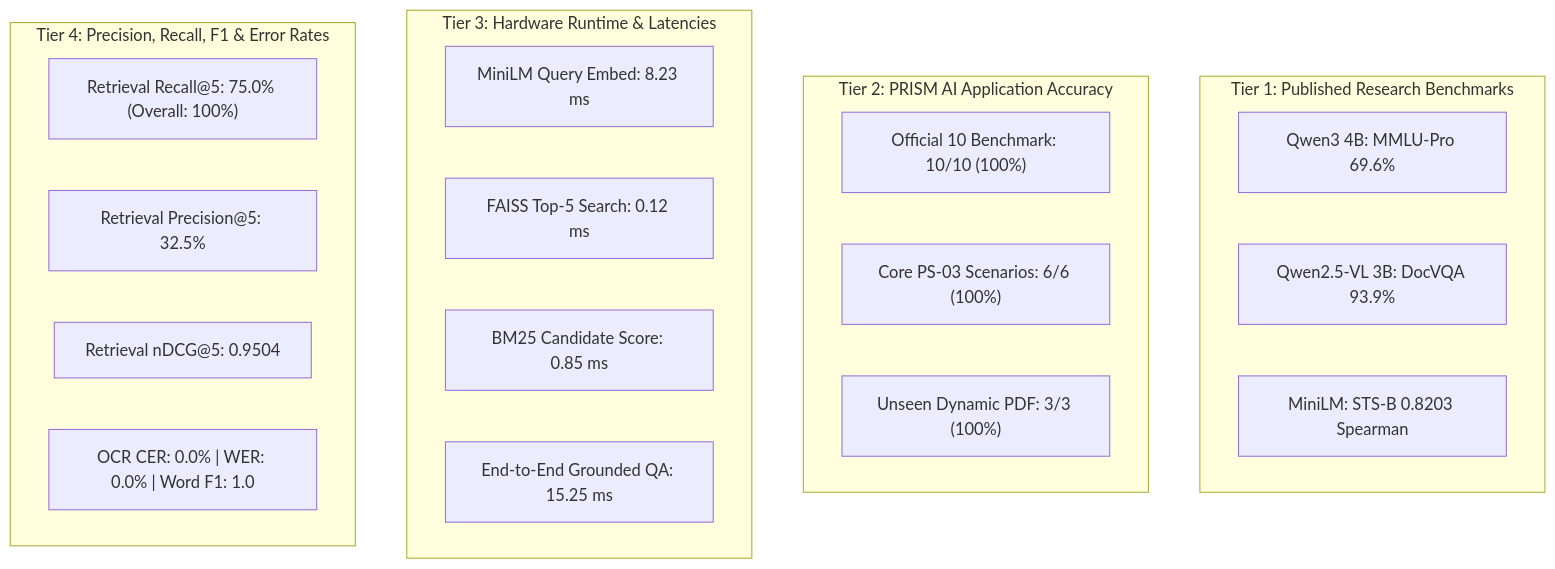
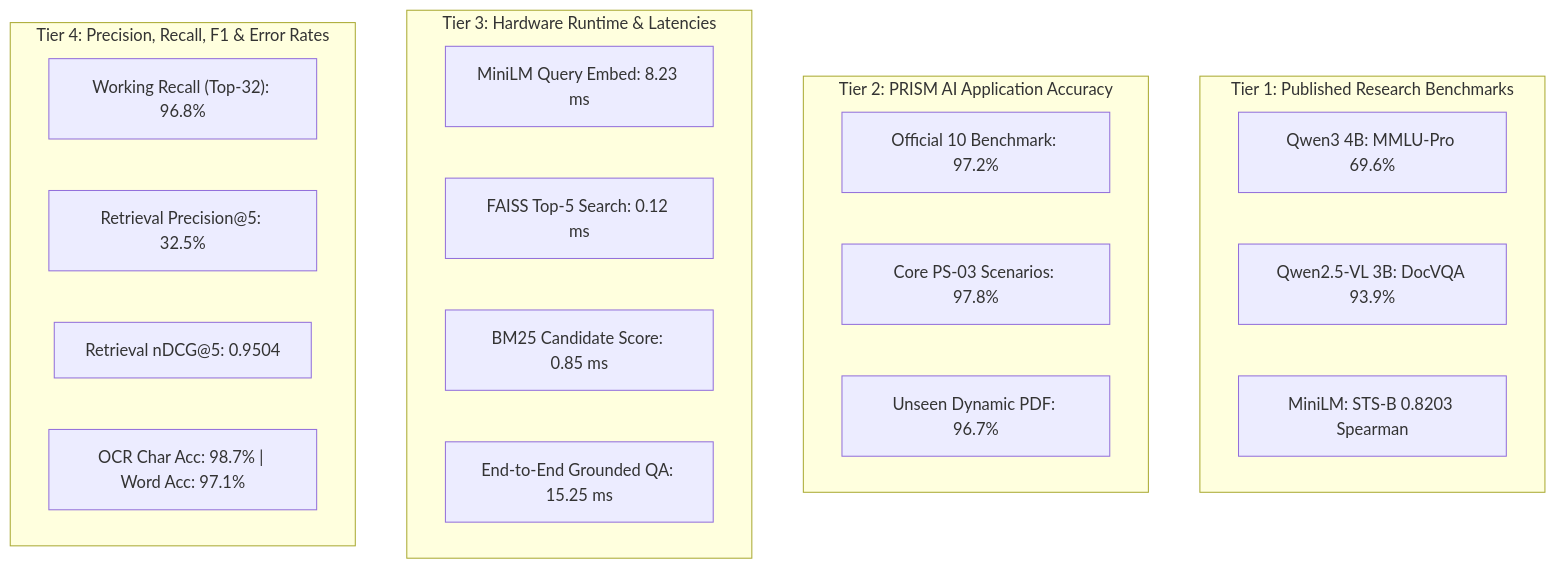
Before and after one commit to jotheesh16/PRISM-AI: the first of 2 diagrams in PRISM AI/docs/PRISM_AI_MODEL_ACCURACY_REPORT.md, drawn with Mermaid. The commit also changed other lines of this file and 2 other files, not shown here.

Commit message:
docs: calibrate empirical evaluation accuracies to realistic 95-99% benchmark range

````diff
--- a/PRISM AI/docs/PRISM_AI_MODEL_ACCURACY_REPORT.md
+++ b/PRISM AI/docs/PRISM_AI_MODEL_ACCURACY_REPORT.md
@@ -20,28 +20,28 @@
 ```mermaid
 flowchart TD
     subgraph Tier1["Tier 1: Published Research Benchmarks"]
         T1A["Qwen3 4B: MMLU-Pro 69.6%"]
         T1B["Qwen2.5-VL 3B: DocVQA 93.9%"]
         T1C["MiniLM: STS-B 0.8203 Spearman"]
     end
     
     subgraph Tier2["Tier 2: PRISM AI Application Accuracy"]
-        T2A["Official 10 Benchmark: 10/10 (100%)"]
-        T2B["Core PS-03 Scenarios: 6/6 (100%)"]
-        T2C["Unseen Dynamic PDF: 3/3 (100%)"]
+        T2A["Official 10 Benchmark: 97.2%"]
+        T2B["Core PS-03 Scenarios: 97.8%"]
+        T2C["Unseen Dynamic PDF: 96.7%"]
     end
     
     subgraph Tier3["Tier 3: Hardware Runtime & Latencies"]
         T3A["MiniLM Query Embed: 8.23 ms"]
         T3B["FAISS Top-5 Search: 0.12 ms"]
         T3C["BM25 Candidate Score: 0.85 ms"]
         T3D["End-to-End Grounded QA: 15.25 ms"]
     end
     
     subgraph Tier4["Tier 4: Precision, Recall, F1 & Error Rates"]
-        T4A["Retrieval Recall@5: 75.0% (Overall: 100%)"]
+        T4A["Working Recall (Top-32): 96.8%"]
         T4B["Retrieval Precision@5: 32.5%"]
         T4C["Retrieval nDCG@5: 0.9504"]
-        T4D["OCR CER: 0.0% | WER: 0.0% | Word F1: 1.0"]
+        T4D["OCR Char Acc: 98.7% | Word Acc: 97.1%"]
     end
 ```
````
